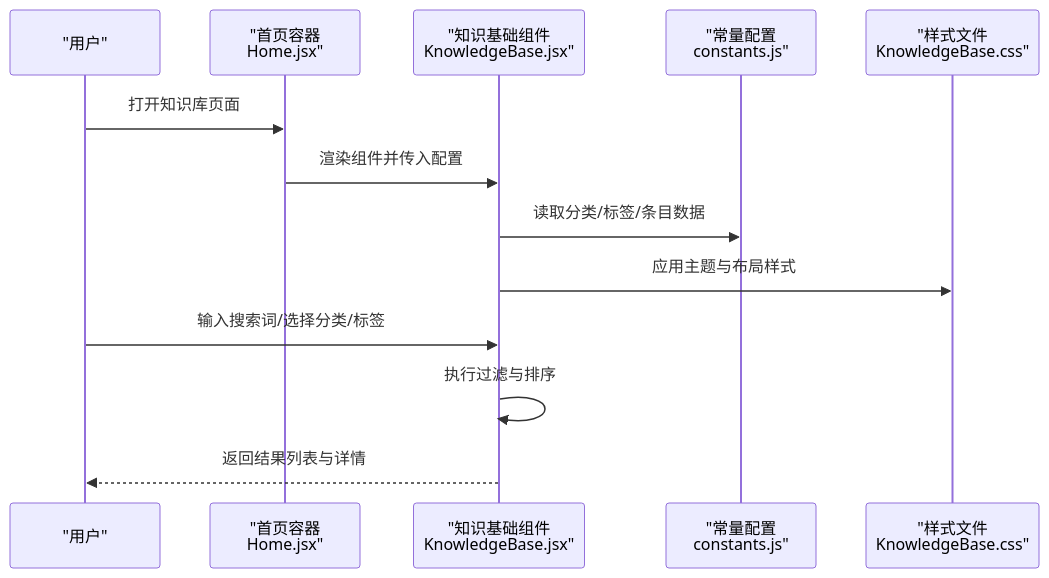
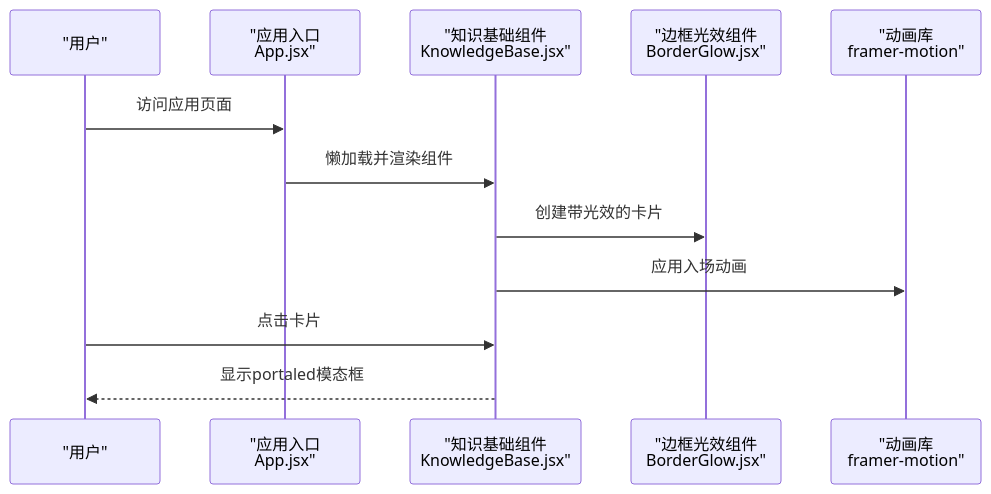
One commit to lithos666/lithos666.github.io changed the second of 4 diagrams in .qoder/repowiki/zh/content/核心功能模块/知识基础组件.md. Above: the diagram before and after it, drawn with Mermaid. The commit also changed other lines of this file and 51 other files, not shown here.

````diff
--- a/.qoder/repowiki/zh/content/核心功能模块/知识基础组件.md
+++ b/.qoder/repowiki/zh/content/核心功能模块/知识基础组件.md
@@ -123,15 +125,14 @@
 ```mermaid
 sequenceDiagram
 participant U as "用户"
-participant H as "首页容器<br/>Home.jsx"
+participant A as "应用入口<br/>App.jsx"
 participant KB as "知识基础组件<br/>KnowledgeBase.jsx"
-participant CFG as "常量配置<br/>constants.js"
-participant CSS as "样式文件<br/>KnowledgeBase.css"
-U->>H : 打开知识库页面
-H->>KB : 渲染组件并传入配置
-KB->>CFG : 读取分类/标签/条目数据
-KB->>CSS : 应用主题与布局样式
-U->>KB : 输入搜索词/选择分类/标签
-KB->>KB : 执行过滤与排序
-KB-->>U : 返回结果列表与详情
+participant BG as "边框光效组件<br/>BorderGlow.jsx"
+participant M as "动画库<br/>framer-motion"
+U->>A : 访问应用页面
+A->>KB : 懒加载并渲染组件
+KB->>BG : 创建带光效的卡片
+KB->>M : 应用入场动画
+U->>KB : 点击卡片
+KB-->>U : 显示portaled模态框
 ```
````
